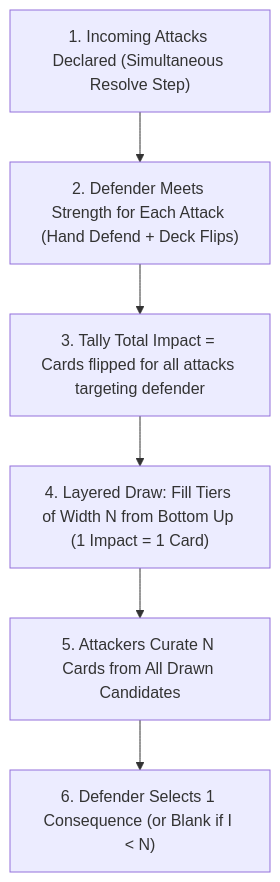
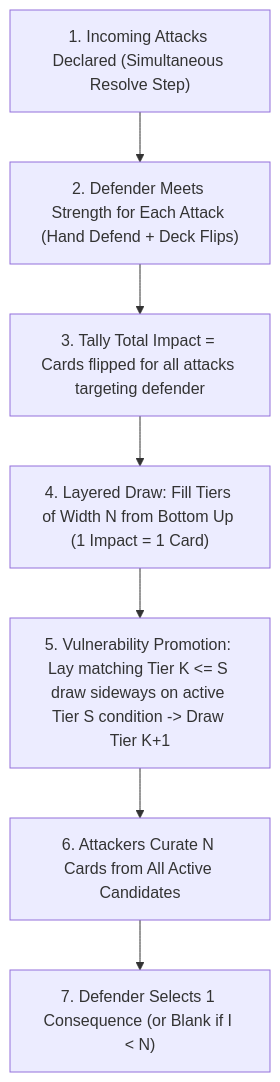
Before and after one commit to tdimiduk/cardpg: the diagram in design/iteration/resolution/candidates/consequence-pool-tag-escalation/README.md, drawn with Mermaid. The commit also changed other lines of this file and 5 other files, not shown here.

````diff
--- a/design/iteration/resolution/candidates/consequence-pool-tag-escalation/README.md
+++ b/design/iteration/resolution/candidates/consequence-pool-tag-escalation/README.md
@@ -32,8 +32,9 @@
 ```mermaid
 flowchart TD
     A["1. Incoming Attacks Declared (Simultaneous Resolve Step)"] --> B["2. Defender Meets Strength for Each Attack (Hand Defend + Deck Flips)"]
     B --> C["3. Tally Total Impact = Cards flipped for all attacks targeting defender"]
     C --> D["4. Layered Draw: Fill Tiers of Width N from Bottom Up (1 Impact = 1 Card)"]
-    D --> E["5. Attackers Curate N Cards from All Drawn Candidates"]
-    E --> F["6. Defender Selects 1 Consequence (or Blank if I < N)"]
+    D --> E["5. Vulnerability Promotion: Lay matching Tier K <= S draw sideways on active Tier S condition -> Draw Tier K+1"]
+    E --> F["6. Attackers Curate N Cards from All Active Candidates"]
+    F --> G["7. Defender Selects 1 Consequence (or Blank if I < N)"]
 ```
````
